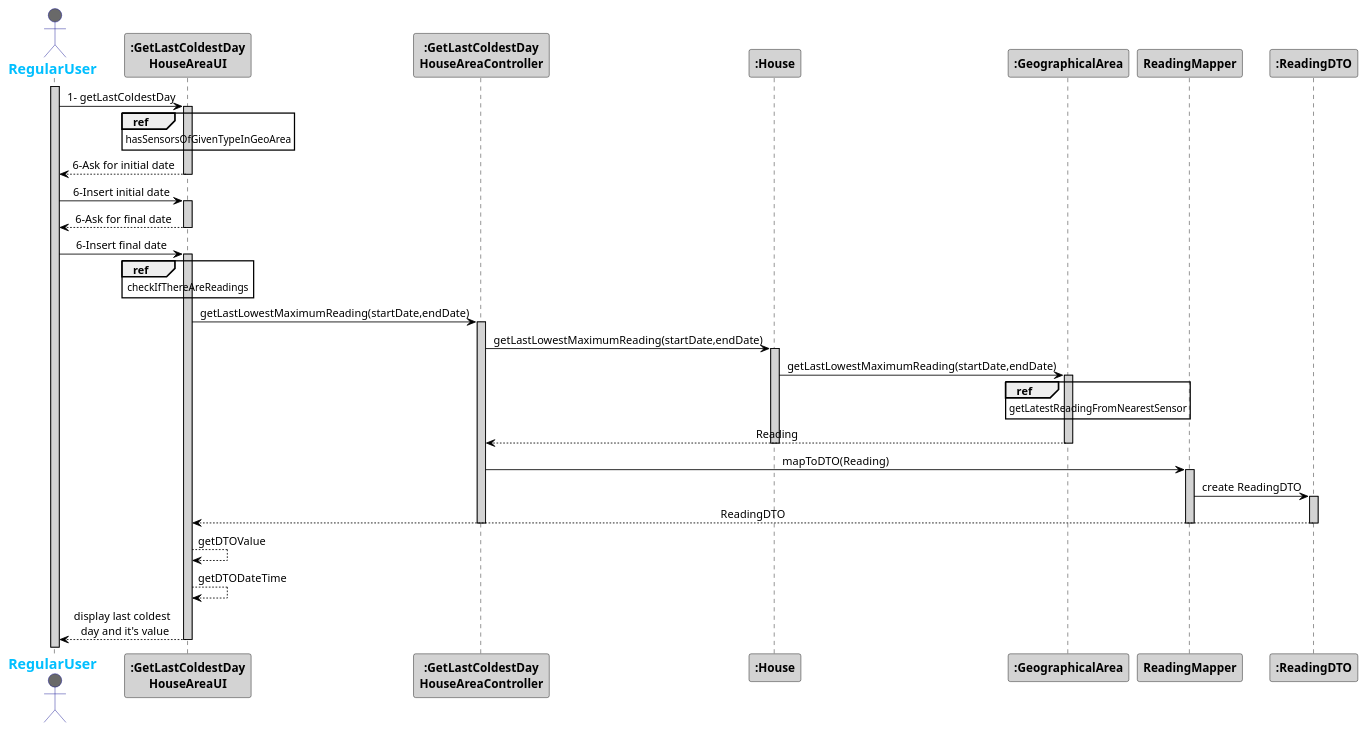
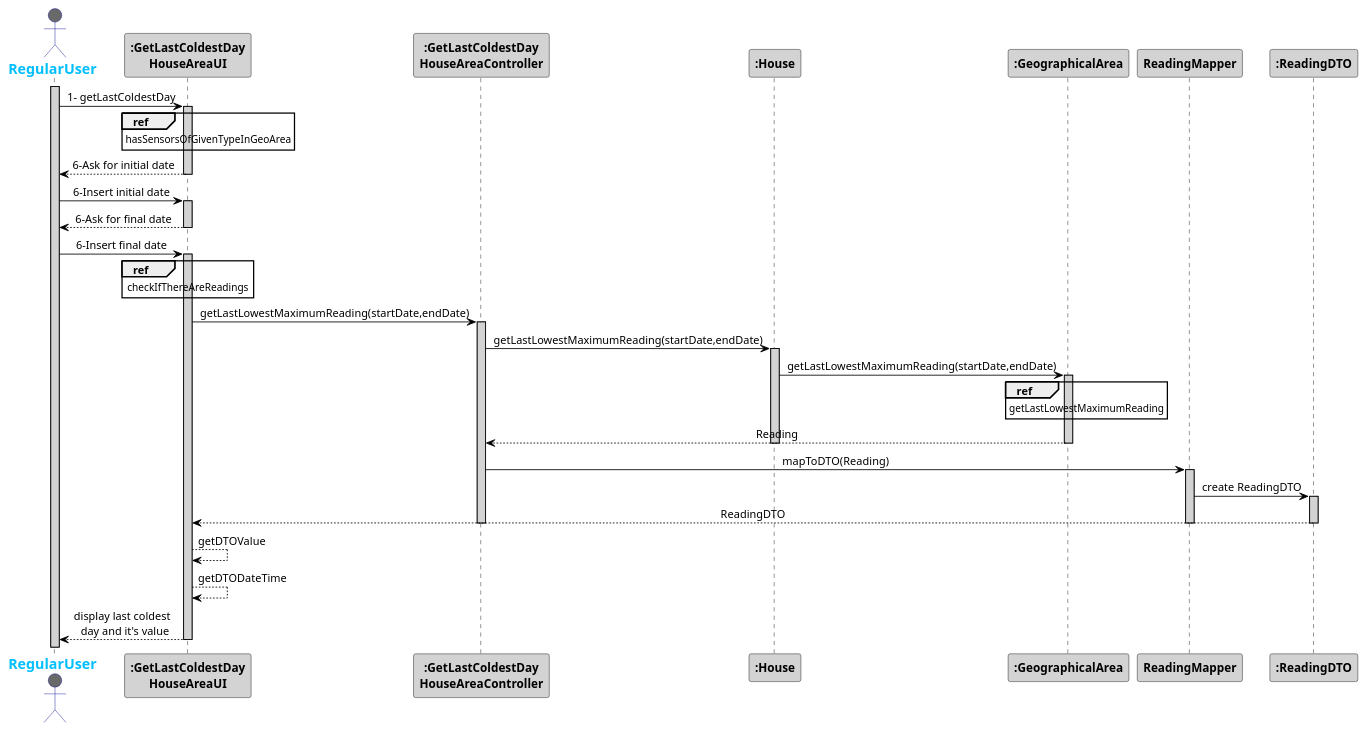
Before and after one commit to 1181687/hateoasToy: the diagram in src/main/java/pt/ipp/isep/dei/project/controllers/getLastColdestDayHouseAreaController/SD_SequenceDiagramModel.puml, drawn with PlantUML. The commit also changed 1 other file, not shown here.

Commit message:
Create ref3 sequence diagram Addresses #124

```diff
--- a/src/main/java/pt/ipp/isep/dei/project/controllers/getLastColdestDayHouseAreaController/SD_SequenceDiagramModel.puml
+++ b/src/main/java/pt/ipp/isep/dei/project/controllers/getLastColdestDayHouseAreaController/SD_SequenceDiagramModel.puml
@@ -1,71 +1,71 @@
 @startuml
 skinparam sequenceMessageAlign center
 skinparam sequence {
     ArrowColor Black
     ActorBorderColor DarkBlue
     LifeLineBorderColor black
     LifeLineBackgroundColor LightGrey
 
     ParticipantBorderColor Black
     ParticipantBackgroundColor LightGrey
     ParticipantFontStyle Bold
 
     ActorBackgroundColor DimGrey
     ActorFontColor DeepSkyBlue
     ActorFontStyle Bold
     ActorFontSize 17
     ActorFontName Aapex
 }
 
 actor RegularUser
 activate RegularUser
 RegularUser -> ":GetLastColdestDay\nHouseAreaUI": 1- getLastColdestDay
 ref over ":GetLastColdestDay\nHouseAreaUI"
 hasSensorsOfGivenTypeInGeoArea
 end
 activate ":GetLastColdestDay\nHouseAreaUI"
 
 
 
 ":GetLastColdestDay\nHouseAreaUI" --> "RegularUser": 6-Ask for initial date
 deactivate ":GetLastColdestDay\nHouseAreaUI"
 ":GetLastColdestDay\nHouseAreaUI" <- "RegularUser": 6-Insert initial date
 activate ":GetLastColdestDay\nHouseAreaUI"
 ":GetLastColdestDay\nHouseAreaUI" --> "RegularUser": 6-Ask for final date
 deactivate ":GetLastColdestDay\nHouseAreaUI"
 ":GetLastColdestDay\nHouseAreaUI" <- "RegularUser": 6-Insert final date
 activate ":GetLastColdestDay\nHouseAreaUI"
 ref over ":GetLastColdestDay\nHouseAreaUI"
 checkIfThereAreReadings
 end
 ":GetLastColdestDay\nHouseAreaUI" -> ":GetLastColdestDay\nHouseAreaController": getLastLowestMaximumReading(startDate,endDate)
 activate ":GetLastColdestDay\nHouseAreaController"
 ":GetLastColdestDay\nHouseAreaController" -> ":House": getLastLowestMaximumReading(startDate,endDate)
 activate ":House"
 ":House" ->":GeographicalArea": getLastLowestMaximumReading(startDate,endDate)
 activate ":GeographicalArea"
 ref over ":GeographicalArea"
-getLatestReadingFromNearestSensor
+getLastLowestMaximumReading
 end
 
 ":GeographicalArea" --> ":GetLastColdestDay\nHouseAreaController" :Reading
 deactivate ":GeographicalArea"
 deactivate ":House"
 ":GetLastColdestDay\nHouseAreaController" ->"ReadingMapper": mapToDTO(Reading)
 activate "ReadingMapper"
 "ReadingMapper" -> ":ReadingDTO": create ReadingDTO
 activate ":ReadingDTO"
 ":ReadingDTO" --> ":GetLastColdestDay\nHouseAreaUI": ReadingDTO
 deactivate ":ReadingDTO"
 
 deactivate "ReadingMapper"
 deactivate ":GetLastColdestDay\nHouseAreaController"
 
 
 ":GetLastColdestDay\nHouseAreaUI" --> ":GetLastColdestDay\nHouseAreaUI" : getDTOValue
 ":GetLastColdestDay\nHouseAreaUI" --> ":GetLastColdestDay\nHouseAreaUI" : getDTODateTime
 
 ":GetLastColdestDay\nHouseAreaUI" --> RegularUser : display last coldest \n day and it's value
 deactivate ":GetLastColdestDay\nHouseAreaUI"
 
 @enduml
```
